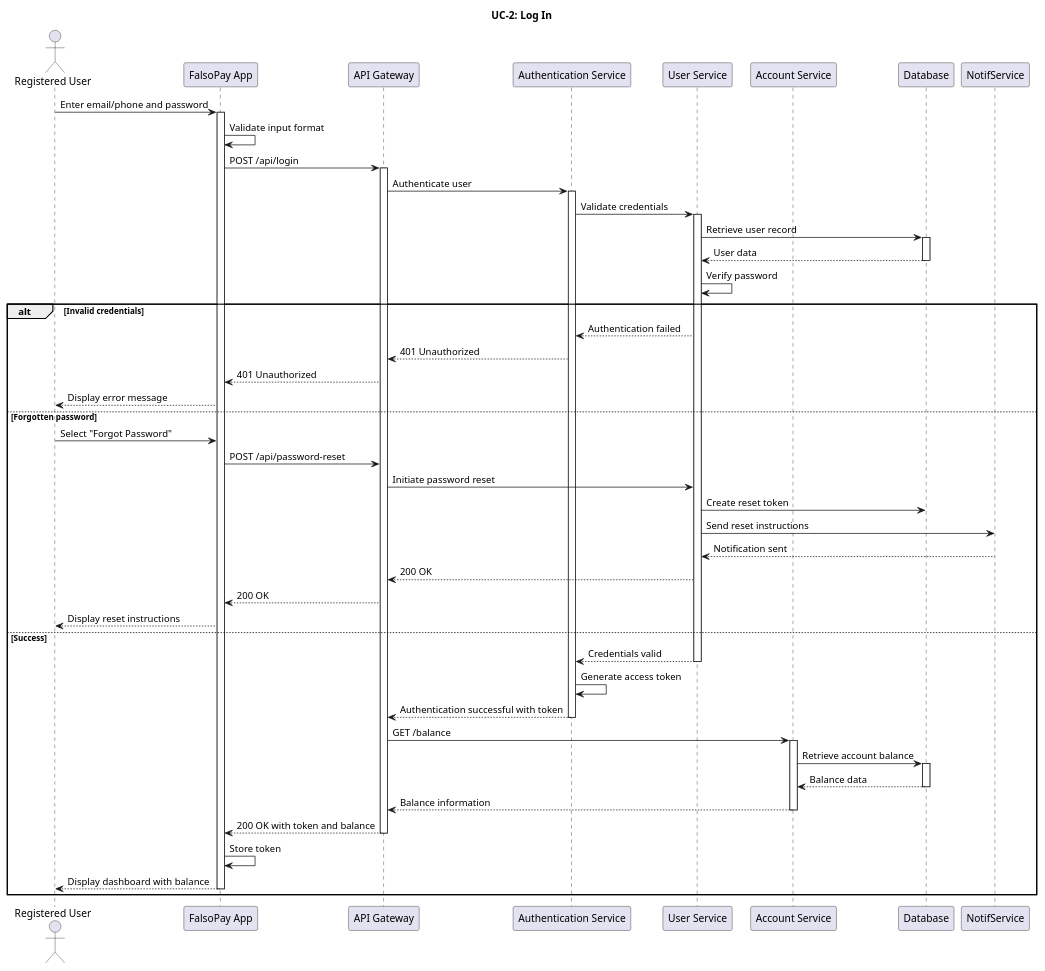
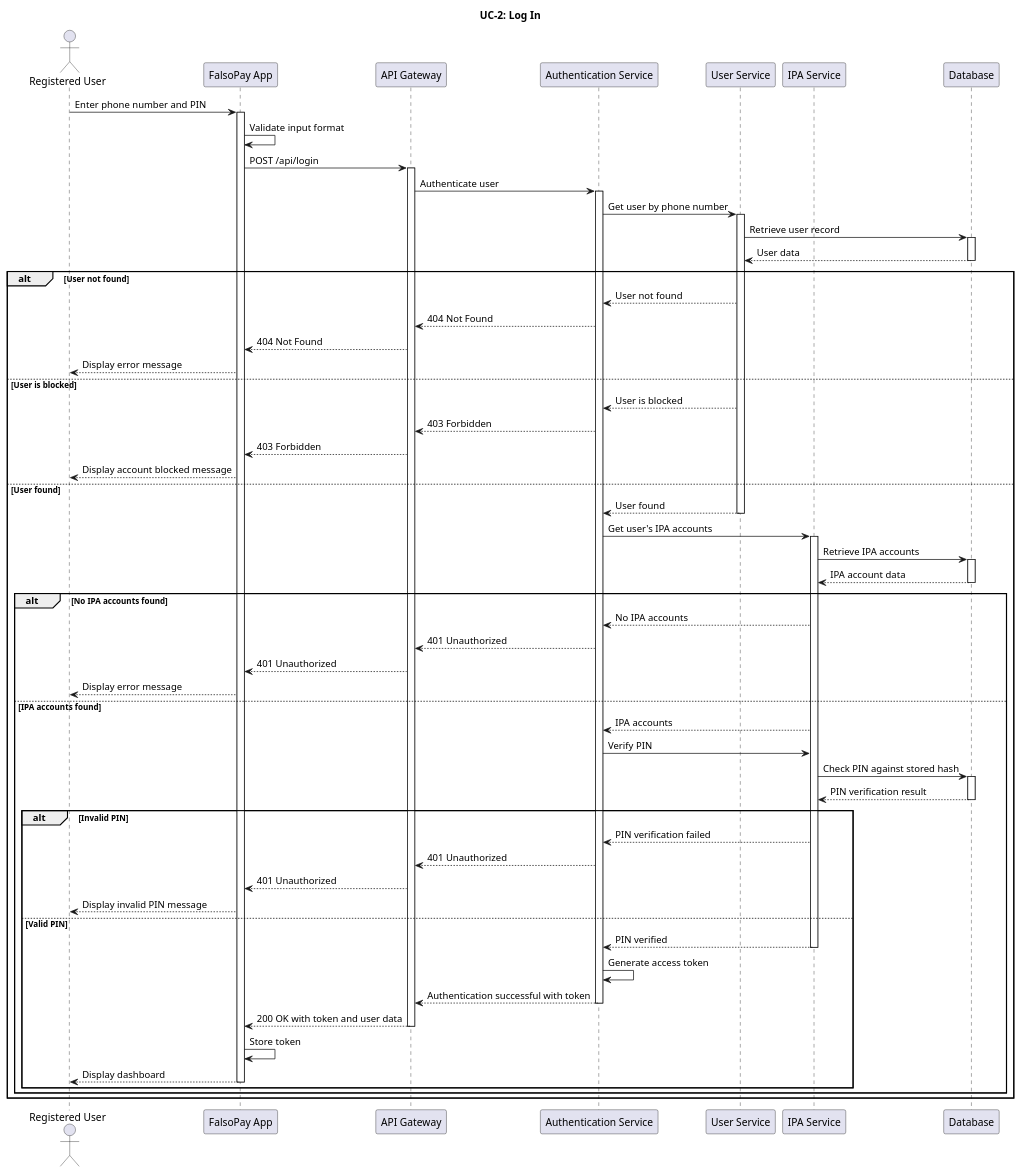
The diagram in docs/design/sequence-diagrams/UC2-LogIn.puml (Adhamzineldin/Falsopay), drawn with PlantUML before and after one commit. The commit also changed 5 other files, not shown here.

Commit message:
Refactor user login process to use PIN instead of IPA address; update documentation and test cases accordingly

```diff
--- a/docs/design/sequence-diagrams/UC2-LogIn.puml
+++ b/docs/design/sequence-diagrams/UC2-LogIn.puml
@@ -1,75 +1,90 @@
 @startuml UC2-LogIn
 
 actor "Registered User" as User
 participant "FalsoPay App" as App
 participant "API Gateway" as Gateway
 participant "Authentication Service" as AuthService
 participant "User Service" as UserService
-participant "Account Service" as AccountService
+participant "IPA Service" as IPAService
 participant "Database" as DB
 
 title UC-2: Log In
 
-User -> App: Enter email/phone and password
+User -> App: Enter phone number and PIN
 activate App
 
 App -> App: Validate input format
 App -> Gateway: POST /api/login
 activate Gateway
 
 Gateway -> AuthService: Authenticate user
 activate AuthService
 
-AuthService -> UserService: Validate credentials
+AuthService -> UserService: Get user by phone number
 activate UserService
 
 UserService -> DB: Retrieve user record
 activate DB
 DB --> UserService: User data
 deactivate DB
 
-UserService -> UserService: Verify password
-
-alt Invalid credentials
-    UserService --> AuthService: Authentication failed
-    AuthService --> Gateway: 401 Unauthorized
-    Gateway --> App: 401 Unauthorized
+alt User not found
+    UserService --> AuthService: User not found
+    AuthService --> Gateway: 404 Not Found
+    Gateway --> App: 404 Not Found
     App --> User: Display error message
-else Forgotten password
-    User -> App: Select "Forgot Password"
-    App -> Gateway: POST /api/password-reset
-    Gateway -> UserService: Initiate password reset
-    UserService -> DB: Create reset token
-    UserService -> NotifService: Send reset instructions
-    NotifService --> UserService: Notification sent
-    UserService --> Gateway: 200 OK
-    Gateway --> App: 200 OK
-    App --> User: Display reset instructions
-else Success
-    UserService --> AuthService: Credentials valid
+else User is blocked
+    UserService --> AuthService: User is blocked
+    AuthService --> Gateway: 403 Forbidden
+    Gateway --> App: 403 Forbidden
+    App --> User: Display account blocked message
+else User found
+    UserService --> AuthService: User found
     deactivate UserService
     
-    AuthService -> AuthService: Generate access token
-    AuthService --> Gateway: Authentication successful with token
-    deactivate AuthService
+    AuthService -> IPAService: Get user's IPA accounts
+    activate IPAService
     
-    Gateway -> AccountService: GET /balance
-    activate AccountService
-    
-    AccountService -> DB: Retrieve account balance
+    IPAService -> DB: Retrieve IPA accounts
     activate DB
-    DB --> AccountService: Balance data
+    DB --> IPAService: IPA account data
     deactivate DB
     
-    AccountService --> Gateway: Balance information
-    deactivate AccountService
-    
-    Gateway --> App: 200 OK with token and balance
-    deactivate Gateway
-    
-    App -> App: Store token
-    App --> User: Display dashboard with balance
-    deactivate App
+    alt No IPA accounts found
+        IPAService --> AuthService: No IPA accounts
+        AuthService --> Gateway: 401 Unauthorized
+        Gateway --> App: 401 Unauthorized
+        App --> User: Display error message
+    else IPA accounts found
+        IPAService --> AuthService: IPA accounts
+        
+        AuthService -> IPAService: Verify PIN
+        IPAService -> DB: Check PIN against stored hash
+        activate DB
+        DB --> IPAService: PIN verification result
+        deactivate DB
+        
+        alt Invalid PIN
+            IPAService --> AuthService: PIN verification failed
+            AuthService --> Gateway: 401 Unauthorized
+            Gateway --> App: 401 Unauthorized
+            App --> User: Display invalid PIN message
+        else Valid PIN
+            IPAService --> AuthService: PIN verified
+            deactivate IPAService
+            
+            AuthService -> AuthService: Generate access token
+            AuthService --> Gateway: Authentication successful with token
+            deactivate AuthService
+            
+            Gateway --> App: 200 OK with token and user data
+            deactivate Gateway
+            
+            App -> App: Store token
+            App --> User: Display dashboard
+            deactivate App
+        end
+    end
 end
 
 @enduml 
```
